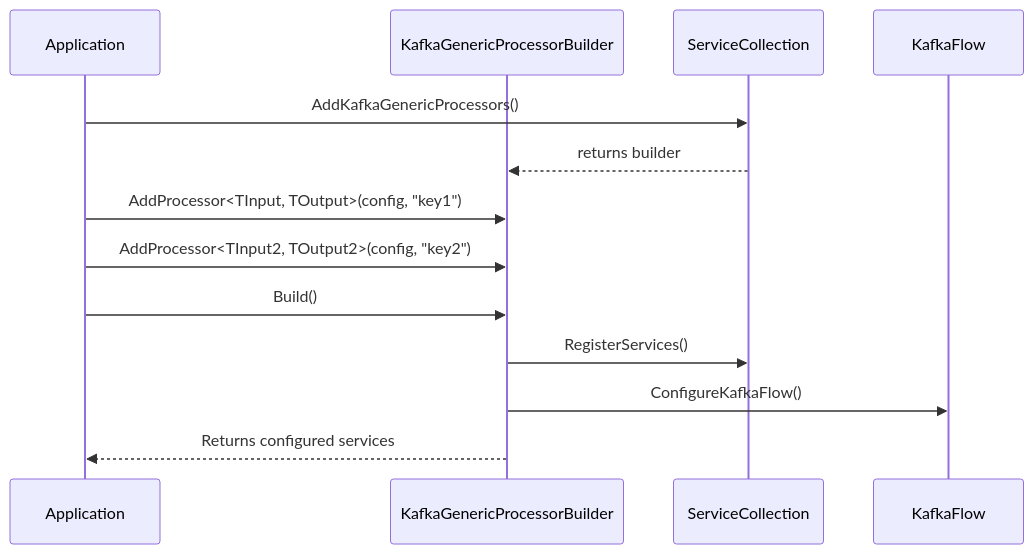
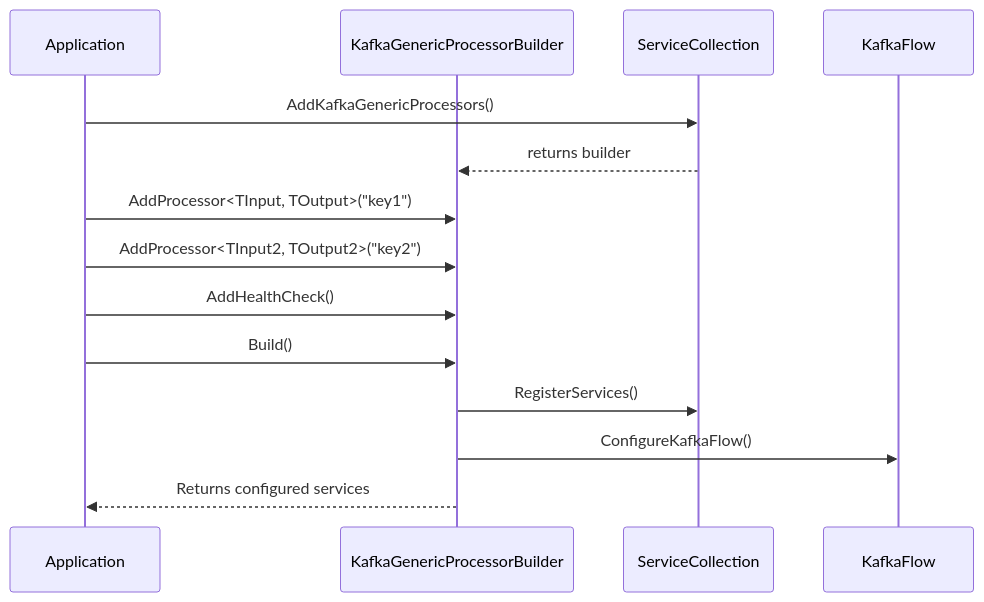
The third of 4 diagrams in README.md (dorlugasigal/KafkaGenericProcessor.Core), drawn with Mermaid before and after one commit. The commit also changed other lines of this file and 9 other files, not shown here.

Commit message:
refactor: Update Kafka configuration and health check integration for improved clarity and maintainability

````diff
--- a/README.md
+++ b/README.md
@@ -103,16 +108,17 @@
 ```mermaid
 sequenceDiagram
     participant App as Application
     participant Builder as KafkaGenericProcessorBuilder
     participant SC as ServiceCollection
     participant KF as KafkaFlow
     
     App->>SC: AddKafkaGenericProcessors()
     SC-->>Builder: returns builder
-    App->>Builder: AddProcessor<TInput, TOutput>(config, "key1")
-    App->>Builder: AddProcessor<TInput2, TOutput2>(config, "key2")
+    App->>Builder: AddProcessor<TInput, TOutput>("key1")
+    App->>Builder: AddProcessor<TInput2, TOutput2>("key2")
+    App->>Builder: AddHealthCheck()
     App->>Builder: Build()
     Builder->>SC: RegisterServices()
     Builder->>KF: ConfigureKafkaFlow()
     Builder-->>App: Returns configured services
 ```
````
